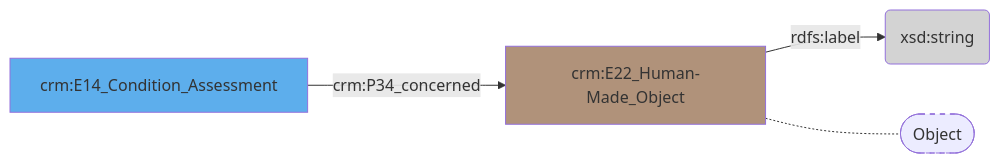
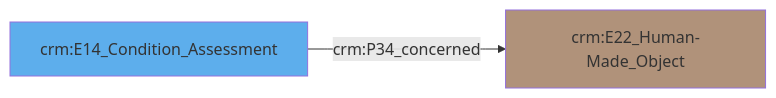
Before and after one commit to digipolisantwerpdocumentation/antwerp-cultureel-erfgoed: the diagram in docs/content/modellen/ConditionAssessment/Identificatie.md, drawn with Mermaid. The commit also changed 170 other files, not shown here.

````diff
--- a/docs/content/modellen/ConditionAssessment/Identificatie.md
+++ b/docs/content/modellen/ConditionAssessment/Identificatie.md
@@ -1,10 +1,6 @@
 ```mermaid
 graph LR
-71c80a42-efef-11ed-9232-00163e71351b["crm:E22_Human-Made_Object"]-->|"rdfs:label"|95efc11c-efef-11ed-a1e6-00163e71351b(xsd:string)
-42069382-efef-11ed-9232-00163e71351b["crm:E14_Condition_Assessment"]-->|"crm:P34_concerned"|71c80a42-efef-11ed-9232-00163e71351b["crm:E22_Human-Made_Object"]
-71c80a42-efef-11ed-9232-00163e71351b["crm:E22_Human-Made_Object"]-.-71c80a42-efef-11ed-9232-00163e71351b_s(["Object"])
-style 71c80a42-efef-11ed-9232-00163e71351b_s stroke-dasharray: 5
 style 42069382-efef-11ed-9232-00163e71351b fill:#5DAEEC
 style 71c80a42-efef-11ed-9232-00163e71351b fill:#B0927A
-style 95efc11c-efef-11ed-a1e6-00163e71351b fill:#D3D3D3
+42069382-efef-11ed-9232-00163e71351b["crm:E14_Condition_Assessment"]-->|"crm:P34_concerned"|71c80a42-efef-11ed-9232-00163e71351b["crm:E22_Human-Made_Object"]
 ```
````
